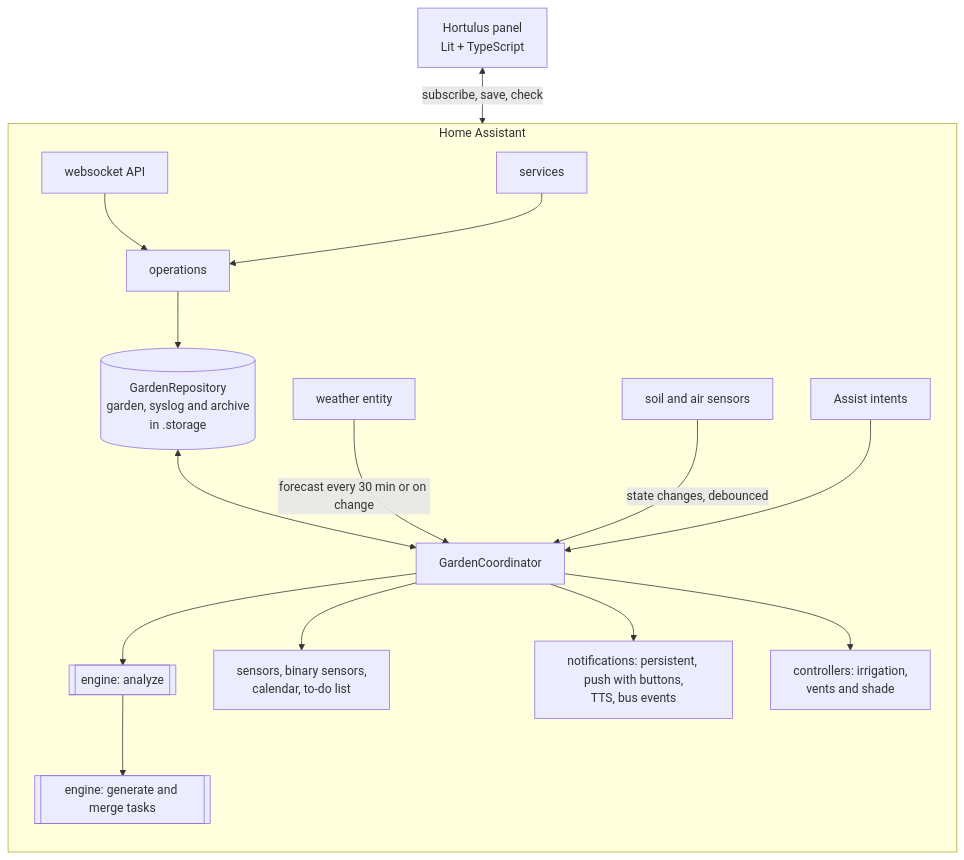
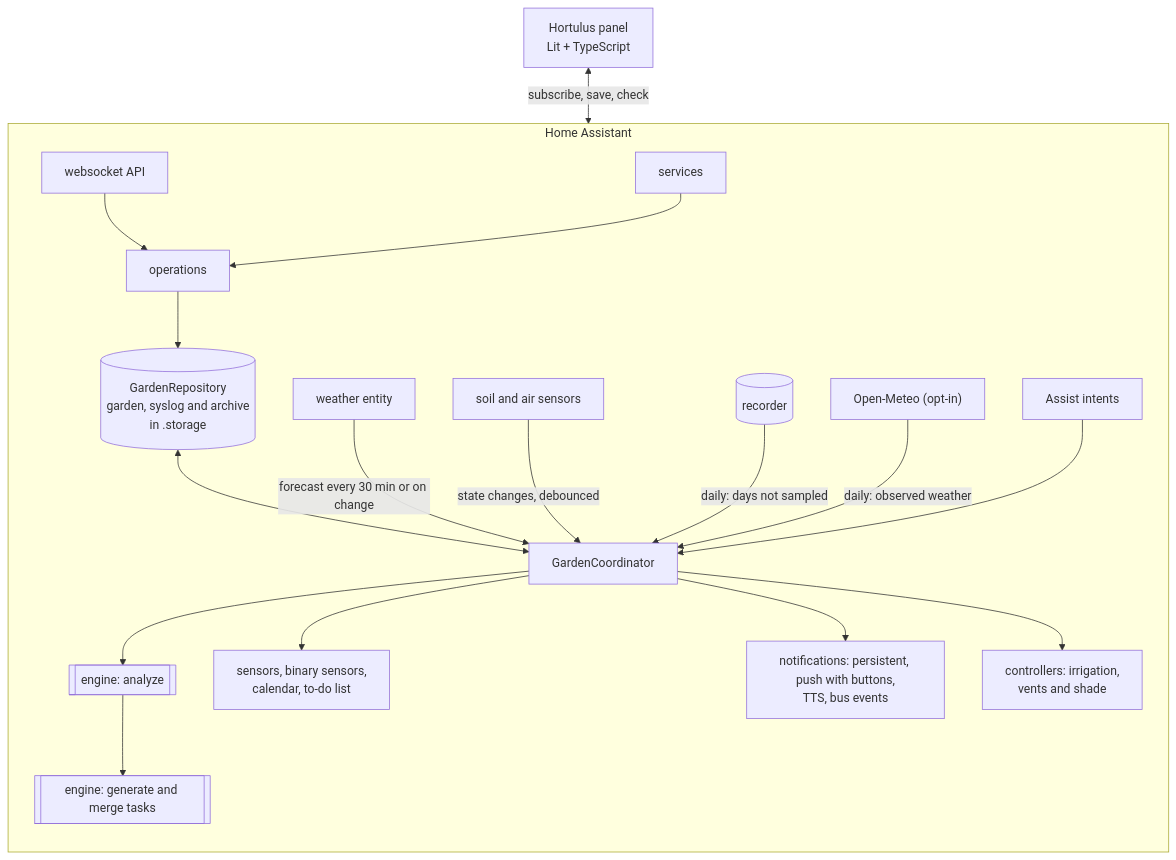
Before and after one commit to emeryf81/greenhouse: the diagram in docs/BLUEPRINT.md, drawn with Mermaid. The commit also changed other lines of this file and 15 other files, not shown here.

````diff
--- a/docs/BLUEPRINT.md
+++ b/docs/BLUEPRINT.md
@@ -152,33 +157,37 @@
 ```mermaid
 flowchart TB
   P["Hortulus panel<br/>Lit + TypeScript"]
   subgraph HA["Home Assistant"]
     direction TB
     WS["websocket API"]
     SV["services"]
     VO["Assist intents"]
     O["operations"]
     R[("GardenRepository<br/>garden, syslog and archive<br/>in .storage")]
     W["weather entity"]
     S["soil and air sensors"]
+    RC[("recorder")]
+    OM["Open-Meteo (opt-in)"]
     C["GardenCoordinator"]
     A[["engine: analyze"]]
     T[["engine: generate and merge tasks"]]
     E["sensors, binary sensors,<br/>calendar, to-do list"]
     N["notifications: persistent, push with buttons,<br/>TTS, bus events"]
     H["controllers: irrigation,<br/>vents and shade"]
   end
   P <-->|"subscribe, save, check"| WS
   WS --> O
   SV --> O
   O --> R
   R <--> C
   W -->|"forecast every 30 min or on change"| C
   S -->|"state changes, debounced"| C
+  RC -->|"daily: days not sampled"| C
+  OM -->|"daily: observed weather"| C
   VO --> C
   C --> A
   A --> T
   C --> E
   C --> N
   C --> H
 ```
````
